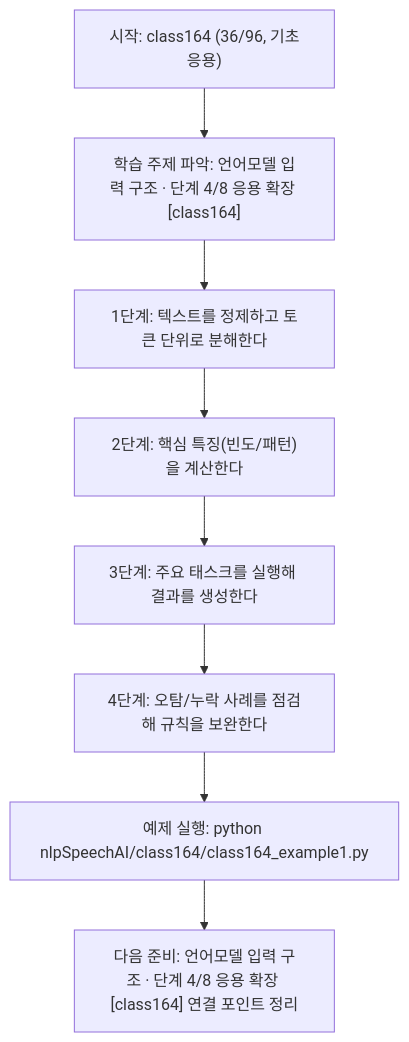
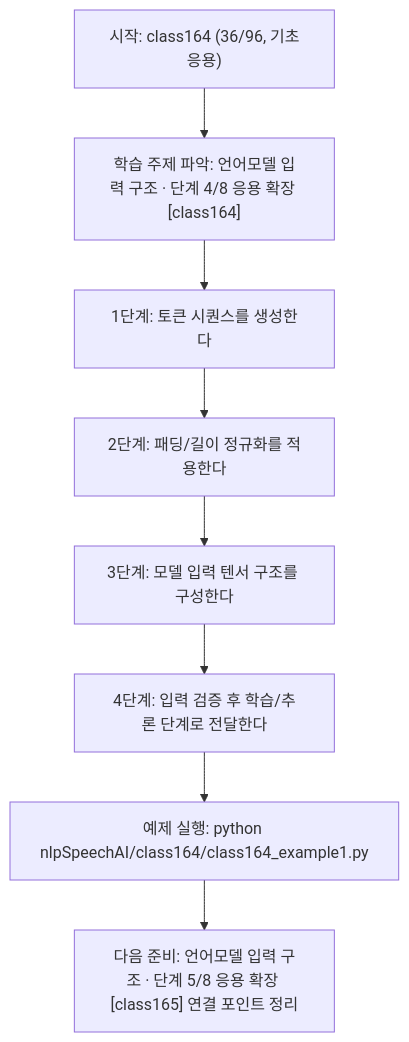
One commit to edumgt/Python-AI_Agent-Class changed the diagram in nlpSpeechAI/class164/class164.md. Above: the diagram before and after it, drawn with Mermaid. The commit also changed other lines of this file and 1122 other files, not shown here.

````diff
--- a/nlpSpeechAI/class164/class164.md
+++ b/nlpSpeechAI/class164/class164.md
@@ -114,18 +95,18 @@
 ```mermaid
 flowchart TD
 N1["시작: class164 (36/96, 기초응용)"]
 N2["학습 주제 파악: 언어모델 입력 구조 · 단계 4/8 응용 확장 [class164]"]
-N3["1단계: 텍스트를 정제하고 토큰 단위로 분해한다"]
-N4["2단계: 핵심 특징(빈도/패턴)을 계산한다"]
-N5["3단계: 주요 태스크를 실행해 결과를 생성한다"]
-N6["4단계: 오탐/누락 사례를 점검해 규칙을 보완한다"]
+N3["1단계: 토큰 시퀀스를 생성한다"]
+N4["2단계: 패딩/길이 정규화를 적용한다"]
+N5["3단계: 모델 입력 텐서 구조를 구성한다"]
+N6["4단계: 입력 검증 후 학습/추론 단계로 전달한다"]
 N7["예제 실행: python nlpSpeechAI/class164/class164_example1.py"]
-N8["다음 준비: 언어모델 입력 구조 · 단계 4/8 응용 확장 [class164] 연결 포인트 정리"]
+N8["다음 준비: 언어모델 입력 구조 · 단계 5/8 응용 확장 [class165] 연결 포인트 정리"]
 N1 --> N2
 N2 --> N3
 N3 --> N4
 N4 --> N5
 N5 --> N6
 N6 --> N7
 N7 --> N8
 ```
````
